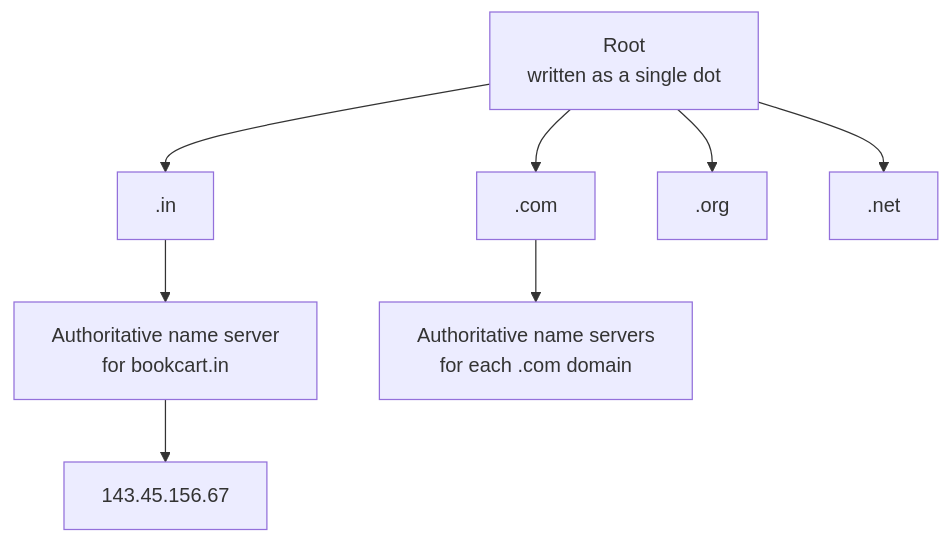
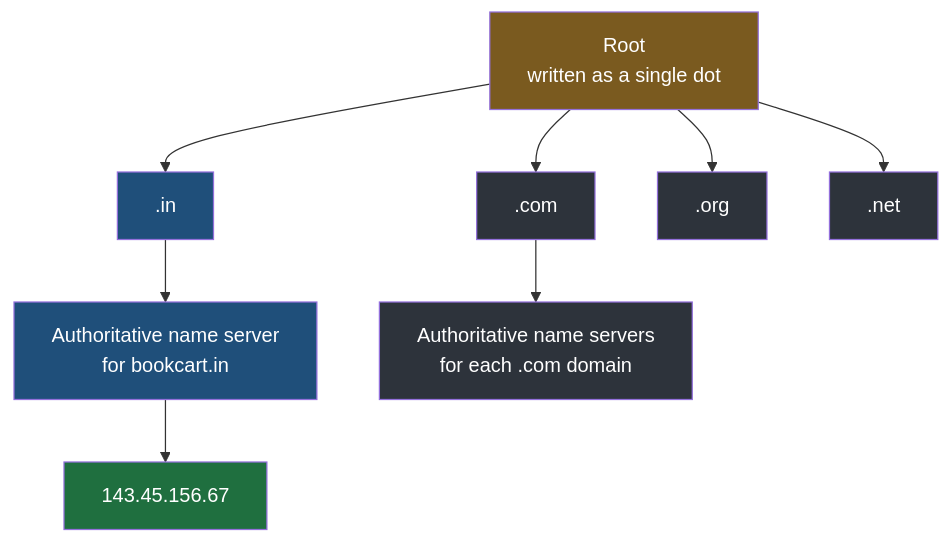
One commit to Dummy-Bug/system-design-handbook changed the third of 6 diagrams in Devops/04-Networking/04-DNS-Resolution.md. Above: the diagram before and after it, drawn with Mermaid. The commit also changed other lines of this file and 53 other files, not shown here.

````diff
--- a/Devops/04-Networking/04-DNS-Resolution.md
+++ b/Devops/04-Networking/04-DNS-Resolution.md
@@ -52,10 +60,18 @@
 ```mermaid
 flowchart TD
     ROOT["Root<br/>written as a single dot"] --> TLD1[".com"]
     ROOT --> TLD2[".in"]
     ROOT --> TLD3[".org"]
     ROOT --> TLD4[".net"]
     TLD2 --> AUTH["Authoritative name server<br/>for bookcart.in"]
     TLD1 --> AUTH2["Authoritative name servers<br/>for each .com domain"]
     AUTH --> IP["143.45.156.67"]
+    style ROOT fill:#7a5a1f,color:#fff
+    style TLD1 fill:#2d333b,color:#fff
+    style TLD2 fill:#1f4f7a,color:#fff
+    style TLD3 fill:#2d333b,color:#fff
+    style TLD4 fill:#2d333b,color:#fff
+    style AUTH fill:#1f4f7a,color:#fff
+    style AUTH2 fill:#2d333b,color:#fff
+    style IP fill:#1f6f3f,color:#fff
 ```
````
